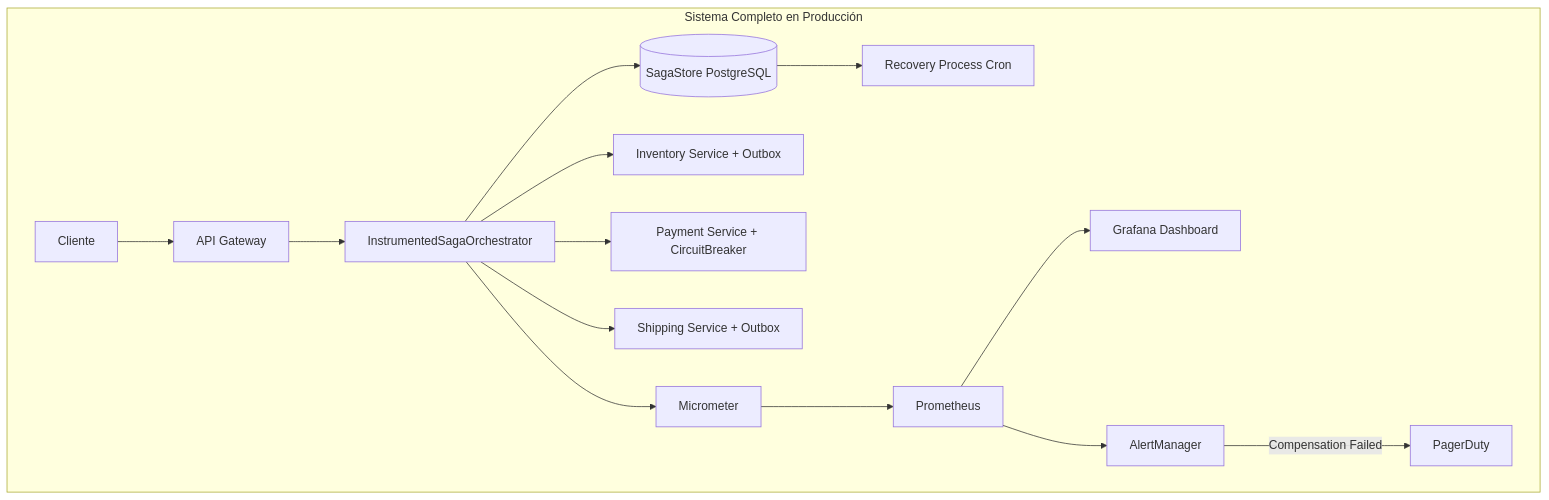
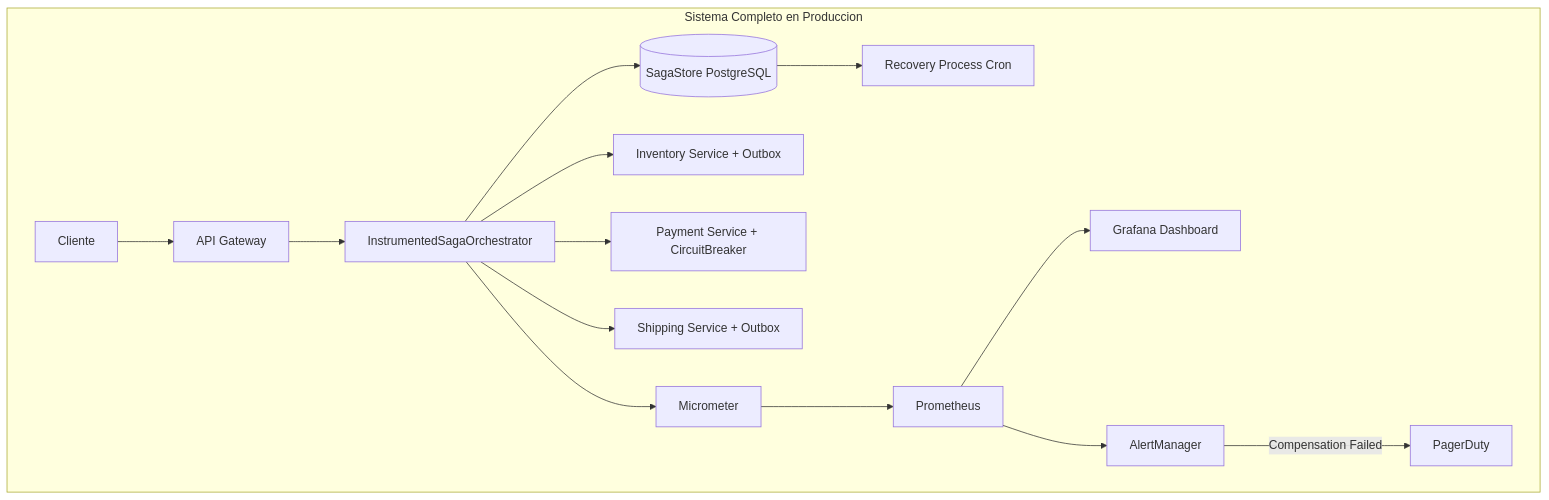
Before and after one commit to Joaquinriosheredia/DAM-Java-Mastery: the fifth of 5 diagrams in 02_Arquitectura/saga_pattern_orquestacion_vs_coreografia_con_java_21_STAFF.md, drawn with Mermaid. The commit also changed other lines of this file, not shown here.

````diff
--- a/02_Arquitectura/saga_pattern_orquestacion_vs_coreografia_con_java_21_STAFF.md
+++ b/02_Arquitectura/saga_pattern_orquestacion_vs_coreografia_con_java_21_STAFF.md
@@ -504,18 +819,18 @@
 ```mermaid
 graph TD
-    subgraph "Sistema Completo en Producción"
+    subgraph "Sistema Completo en Produccion"
         CLIENT[Cliente] --> API[API Gateway]
         API --> ORCH[InstrumentedSagaOrchestrator]
         ORCH --> STORE[(SagaStore PostgreSQL)]
         ORCH --> INV[Inventory Service + Outbox]
         ORCH --> PAY[Payment Service + CircuitBreaker]
         ORCH --> SHIP[Shipping Service + Outbox]
         
         STORE --> RECOVERY[Recovery Process Cron]
         ORCH --> METRICS[Micrometer]
         METRICS --> PROM[Prometheus]
         PROM --> GRAF[Grafana Dashboard]
         PROM --> ALERT[AlertManager]
         ALERT -->|Compensation Failed| PAGER[PagerDuty]
     end
 ```
````
